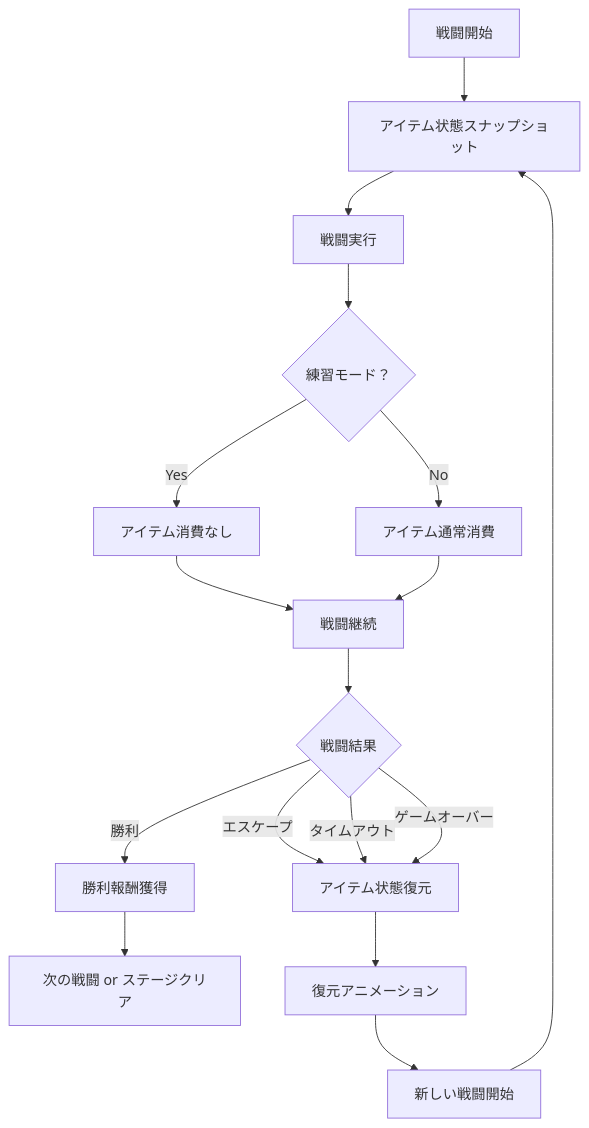
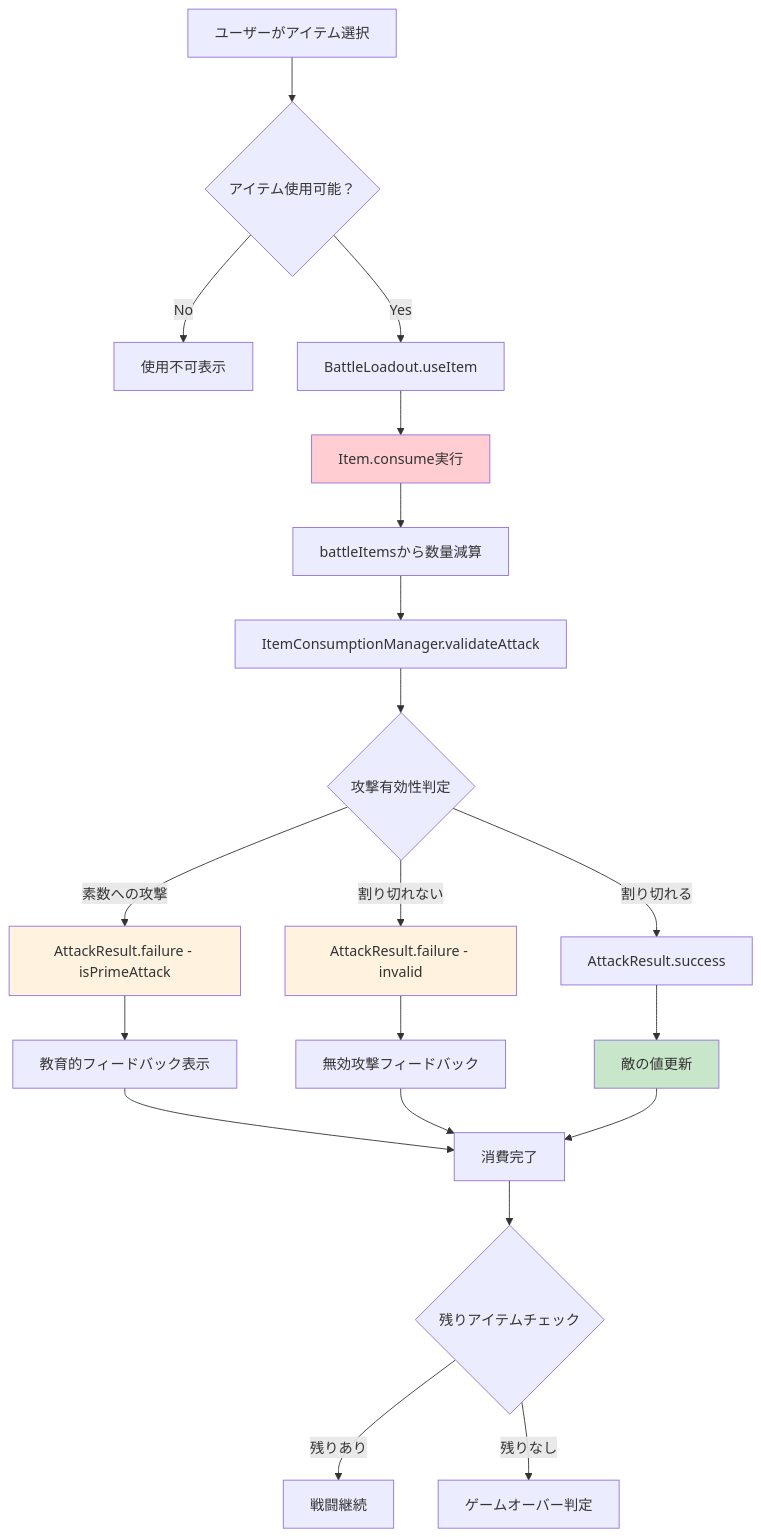
Before and after one commit to WMs784/composite_hunter: the seventh of 7 diagrams in docs/detailed_class_design.md, drawn with Mermaid. The commit also changed other lines of this file and 3 other files, not shown here.

````diff
--- a/docs/detailed_class_design.md
+++ b/docs/detailed_class_design.md
@@ -1084,24 +881,32 @@
 ```mermaid
 flowchart TD
-    A[戦闘開始] --> B[アイテム状態スナップショット]
-    B --> C[戦闘実行]
-    
-    C --> D{練習モード？}
-    D -->|Yes| E[アイテム消費なし]
-    D -->|No| F[アイテム通常消費]
-    
-    E --> G[戦闘継続]
-    F --> G
-    
-    G --> H{戦闘結果}
-    H -->|勝利| I[勝利報酬獲得]
-    H -->|エスケープ| J[アイテム状態復元]
-    H -->|タイムアウト| J
-    H -->|ゲームオーバー| J
-    
-    I --> K[次の戦闘 or ステージクリア]
-    J --> L[復元アニメーション]
-    L --> M[新しい戦闘開始]
-    
-    M --> B
+    A[ユーザーがアイテム選択] --> B{アイテム使用可能？}
+    B -->|No| C[使用不可表示]
+    B -->|Yes| D[BattleLoadout.useItem]
+
+    D --> E[Item.consume実行]
+    E --> F[battleItemsから数量減算]
+    F --> G[ItemConsumptionManager.validateAttack]
+
+    G --> H{攻撃有効性判定}
+    H -->|素数への攻撃| I[AttackResult.failure - isPrimeAttack]
+    H -->|割り切れない| J[AttackResult.failure - invalid]
+    H -->|割り切れる| K[AttackResult.success]
+
+    I --> L[教育的フィードバック表示]
+    J --> M[無効攻撃フィードバック]
+    K --> N[敵の値更新]
+
+    L --> O[消費完了]
+    M --> O
+    N --> O
+
+    O --> P{残りアイテムチェック}
+    P -->|残りあり| Q[戦闘継続]
+    P -->|残りなし| R[ゲームオーバー判定]
+
+    style E fill:#ffcdd2
+    style I fill:#fff3e0
+    style J fill:#fff3e0
+    style N fill:#c8e6c9
 ```
````
